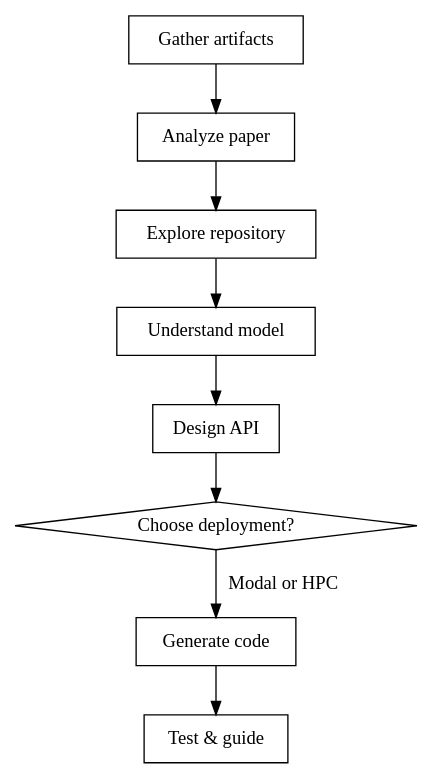
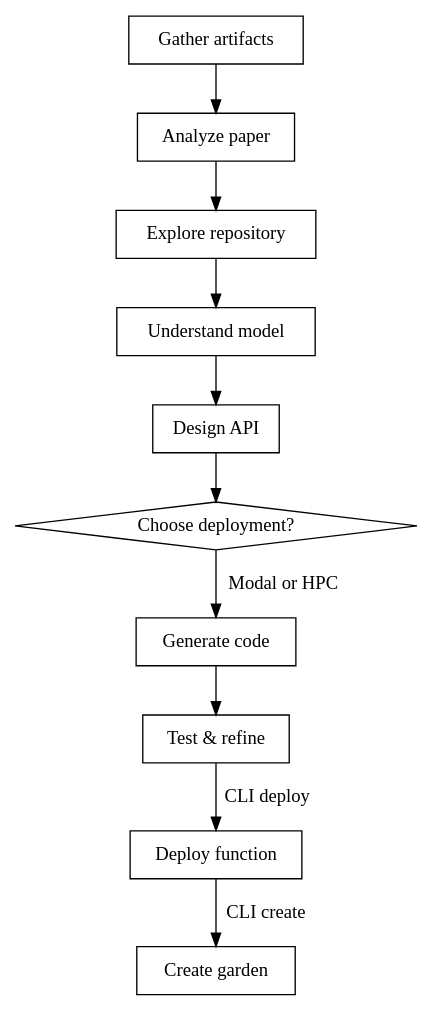
The diagram in plugins/gardener/skills/gardener/SKILL.md (Garden-AI/gardener), drawn with Graphviz before and after one commit. The commit also changed other lines of this file and 3 other files, not shown here.

Commit message:
update with latest garden CLI info; ;

````diff
--- a/plugins/gardener/skills/gardener/SKILL.md
+++ b/plugins/gardener/skills/gardener/SKILL.md
@@ -67,20 +67,24 @@
 ```dot
 digraph publication_workflow {
     "Gather artifacts" [shape=box];
     "Analyze paper" [shape=box];
     "Explore repository" [shape=box];
     "Understand model" [shape=box];
     "Design API" [shape=box];
     "Choose deployment?" [shape=diamond];
     "Generate code" [shape=box];
-    "Test & guide" [shape=box];
+    "Test & refine" [shape=box];
+    "Deploy function" [shape=box];
+    "Create garden" [shape=box];
 
     "Gather artifacts" -> "Analyze paper";
     "Analyze paper" -> "Explore repository";
     "Explore repository" -> "Understand model";
     "Understand model" -> "Design API";
     "Design API" -> "Choose deployment?";
     "Choose deployment?" -> "Generate code" [label="Modal or HPC"];
-    "Generate code" -> "Test & guide";
+    "Generate code" -> "Test & refine";
+    "Test & refine" -> "Deploy function" [label="CLI deploy"];
+    "Deploy function" -> "Create garden" [label="CLI create"];
 }
 ```
````
